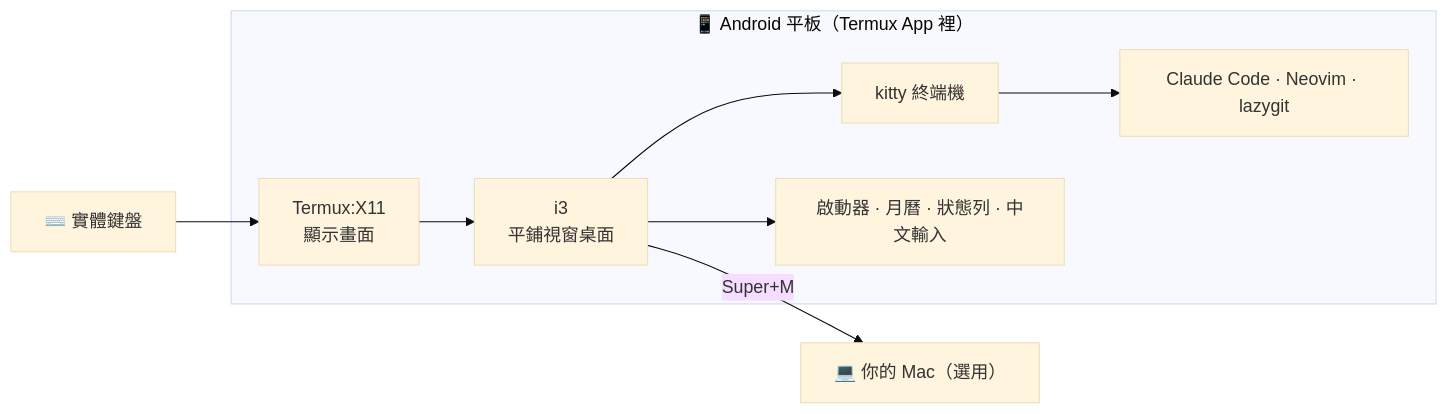
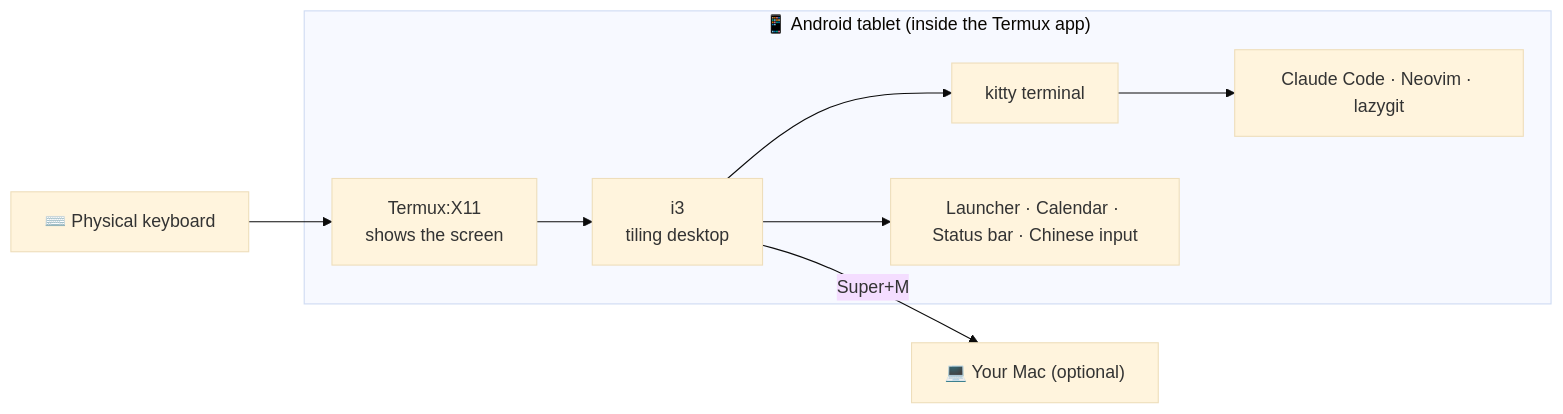
One commit to ian902792/omarchy-pad changed the first of 7 diagrams in README.md. Above: the diagram before and after it, drawn with Mermaid (base theme). The commit also changed other lines of this file and 1 other file, not shown here.

Commit message:
README in English, Chinese version moved to README.zh-TW.md with language links

````diff
--- a/README.md
+++ b/README.md
@@ -12,11 +12,11 @@
 ```mermaid
 flowchart LR
-    KB["⌨️ 實體鍵盤"] --> X11
-    subgraph Pad["📱 Android 平板（Termux App 裡）"]
-        X11["Termux:X11<br>顯示畫面"] --> I3["i3<br>平鋪視窗桌面"]
-        I3 --> K["kitty 終端機"]
+    KB["⌨️ Physical keyboard"] --> X11
+    subgraph Pad["📱 Android tablet (inside the Termux app)"]
+        X11["Termux:X11<br>shows the screen"] --> I3["i3<br>tiling desktop"]
+        I3 --> K["kitty terminal"]
         K --> T["Claude Code · Neovim · lazygit"]
-        I3 --> L["啟動器 · 月曆 · 狀態列 · 中文輸入"]
+        I3 --> L["Launcher · Calendar · Status bar · Chinese input"]
     end
-    I3 -->|"Super+M"| Mac["💻 你的 Mac（選用）"]
+    I3 -->|"Super+M"| Mac["💻 Your Mac (optional)"]
 ```
````
